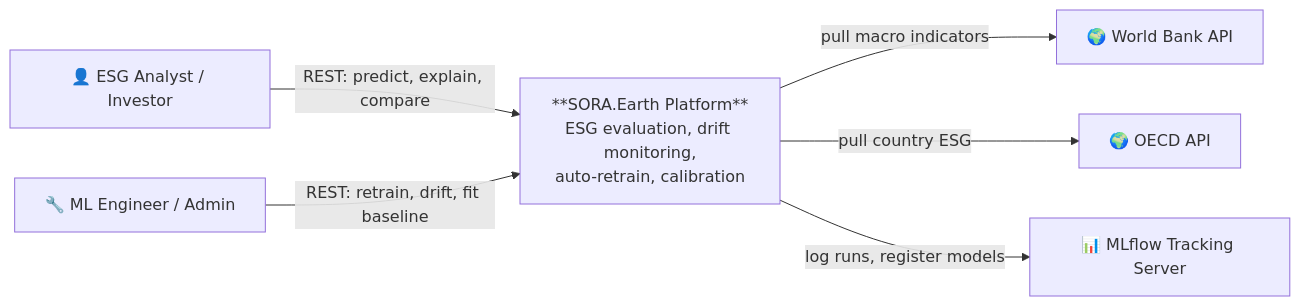
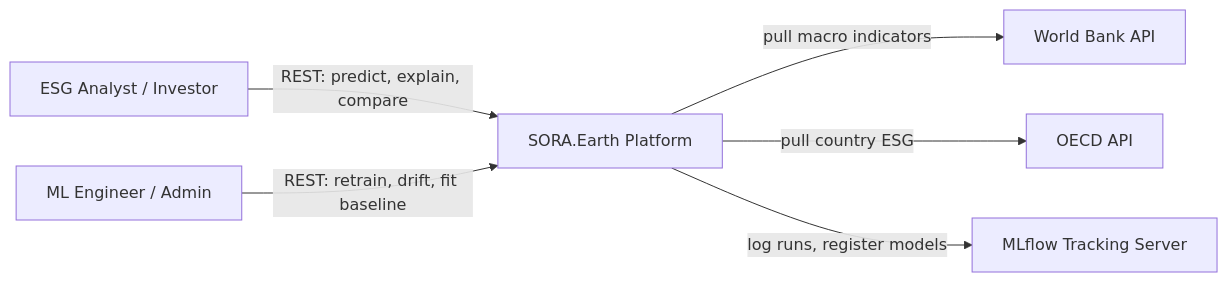
Before and after one commit to Evgeniy2001Poluhin/-SORA.Earth: the diagram in docs/diagrams/01-context.mmd, drawn with Mermaid. The commit also changed 4 other files, not shown here.

Commit message:
docs: visual documontainer, Component, Data flow, Deployment - docs/screenshots/README.md: 9 thesis artifacts with captions + chapter mapping - docs/THESIS_NOTES.md: bumped 7 -> 9 screenshots - README.md: + Architecture diagrams + Screenshots sections

```diff
--- a/docs/diagrams/01-context.mmd
+++ b/docs/diagrams/01-context.mmd
@@ -1,13 +1,13 @@
 graph LR
-  user["👤 ESG Analyst / Investor"]
-  admin["🔧 ML Engineer / Admin"]
-  sora["**SORA.Earth Platform**<br/>ESG evaluation, drift monitoring,<br/>auto-retrain, calibration"]
-  wb["🌍 World Bank API"]
-  oecd["🌍 OECD API"]
-  mlflow["📊 MLflow Tracking Server"]
+  user["ESG Analyst / Investor"]
+  admin["ML Engineer / Admin"]
+  sora["SORA.Earth Platform"]
+  wb["World Bank API"]
+  oecd["OECD API"]
+  mlflow["MLflow Tracking Server"]
 
   user -->|REST: predict, explain, compare| sora
   admin -->|REST: retrain, drift, fit baseline| sora
   sora -->|pull macro indicators| wb
   sora -->|pull country ESG| oecd
   sora -->|log runs, register models| mlflow
```
